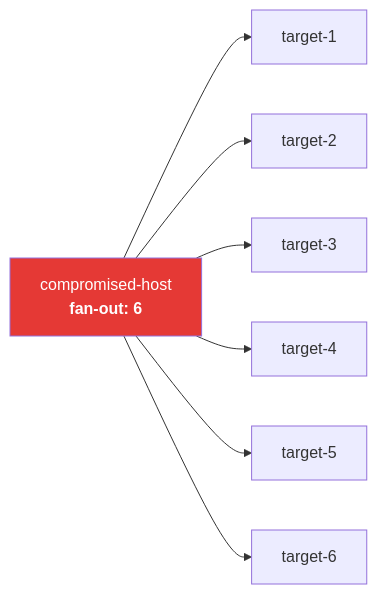
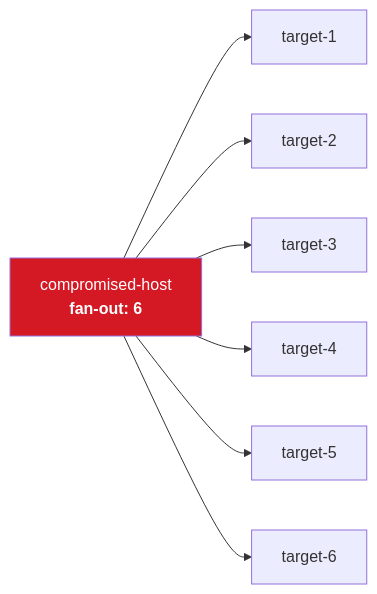
One commit to seerflow/seerflow-guide changed the fourth of 6 diagrams in docs/entity-graph/algorithms.md. Above: the diagram before and after it, drawn with Mermaid. The commit also changed other lines of this file and 9 other files, not shown here.

First line of the commit message:
fix(brand): recolor mermaid diagrams to brand palette

````diff
--- a/docs/entity-graph/algorithms.md
+++ b/docs/entity-graph/algorithms.md
@@ -107,10 +107,10 @@
     ```mermaid
     graph LR
         H[compromised-host<br/><b>fan-out: 6</b>] --> T1[target-1]
         H --> T2[target-2]
         H --> T3[target-3]
         H --> T4[target-4]
         H --> T5[target-5]
         H --> T6[target-6]
-        style H fill:#e53935,color:#fff
+        style H fill:#d41824,color:#fff
     ```
````
